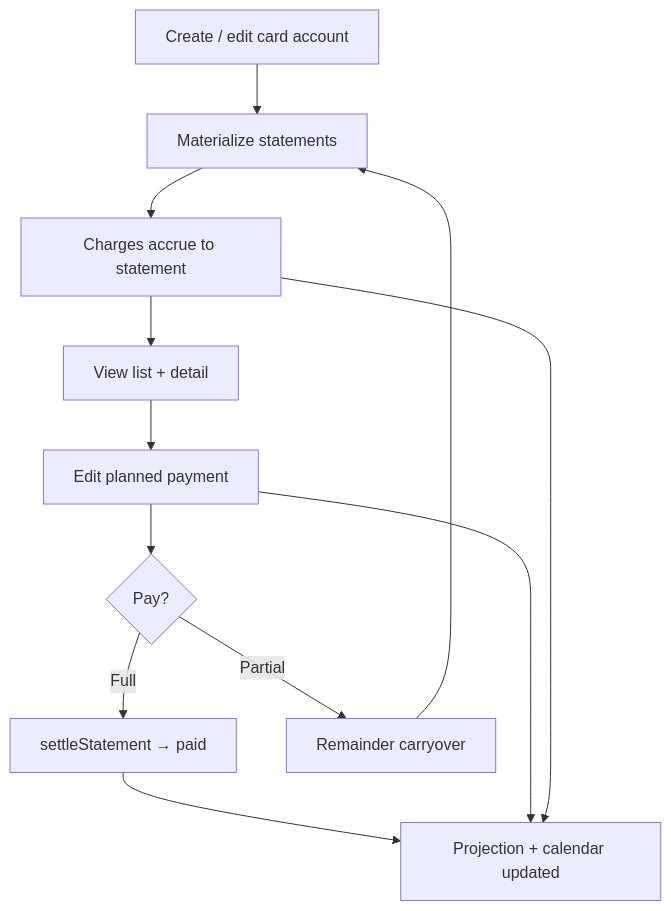
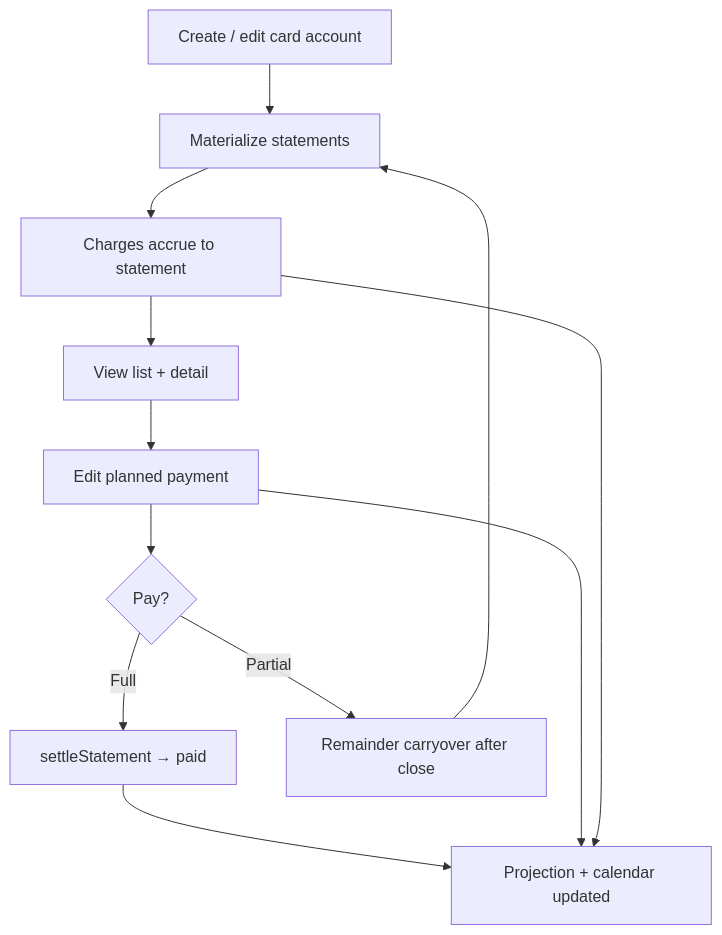
The diagram in docs/user-stories/06-credit-cards.md (renancardo/cashflow), drawn with Mermaid before and after one commit. The commit also changed other lines of this file and 32 other files, not shown here.

````diff
--- a/docs/user-stories/06-credit-cards.md
+++ b/docs/user-stories/06-credit-cards.md
@@ -139,14 +120,14 @@
 ```mermaid
 flowchart TD
   A[Create / edit card account] --> B[Materialize statements]
   B --> C[Charges accrue to statement]
   C --> D[View list + detail]
   D --> E[Edit planned payment]
   E --> F{Pay?}
   F -->|Full| G[settleStatement → paid]
-  F -->|Partial| H[Remainder carryover]
+  F -->|Partial| H[Remainder carryover after close]
   H --> B
   G --> I[Projection + calendar updated]
   E --> I
   C --> I
 ```
````
